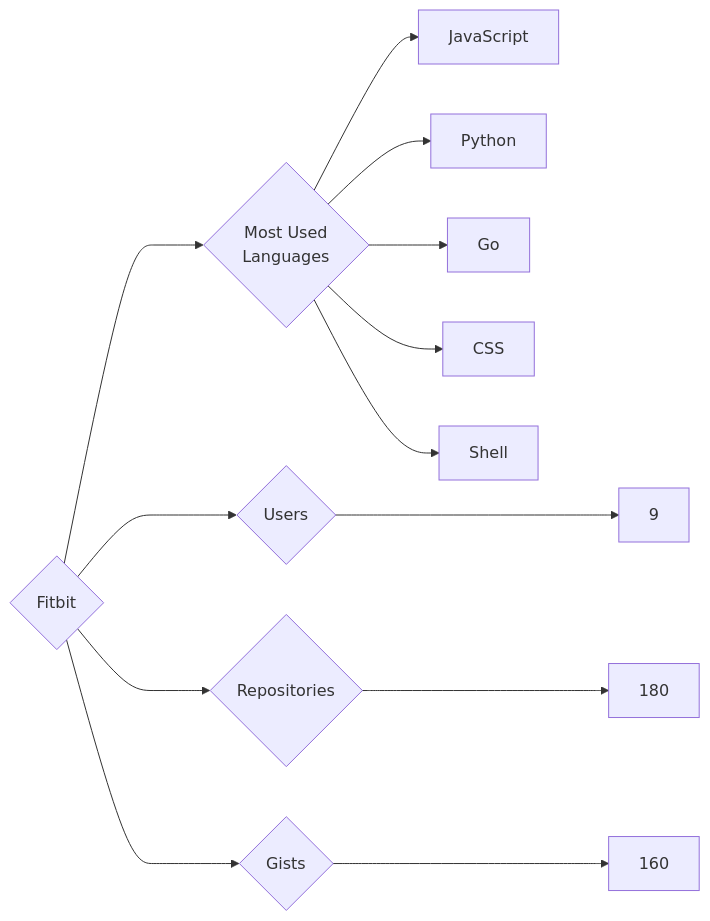
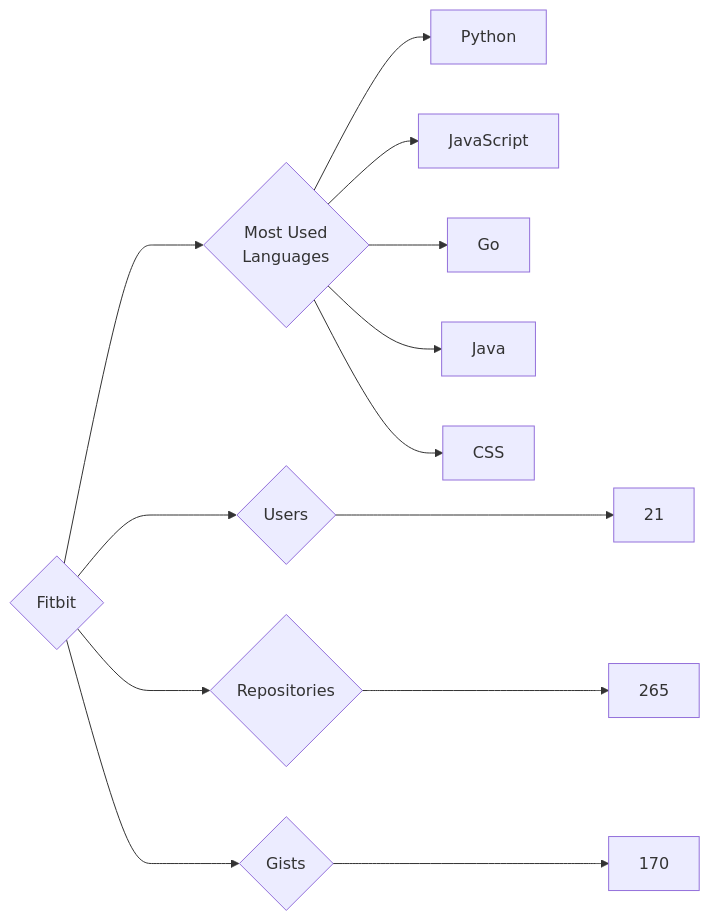
The diagram in targets/Fitbit/README.md (trickest/insiders), drawn with Mermaid before and after one commit. The commit also changed 912 other files, not shown here.

````diff
--- a/targets/Fitbit/README.md
+++ b/targets/Fitbit/README.md
@@ -3,13 +3,13 @@
 ```mermaid
 graph LR
 COMPANY_NAME{Fitbit}
-COMPANY_NAME ---> U{Users} ---> UN[9]
-COMPANY_NAME ---> R{Repositories} ---> RN[180]
-COMPANY_NAME ---> G{Gists} ---> GN[160]
+COMPANY_NAME ---> U{Users} ---> UN[21]
+COMPANY_NAME ---> R{Repositories} ---> RN[265]
+COMPANY_NAME ---> G{Gists} ---> GN[170]
 COMPANY_NAME ---> ML{Most Used<br>Languages}
+ML --> Python[Python]
 ML --> JavaScript[JavaScript]
-ML --> Python[Python]
 ML --> Go[Go]
+ML --> Java[Java]
 ML --> CSS[CSS]
-ML --> Shell[Shell]
 ```
````
